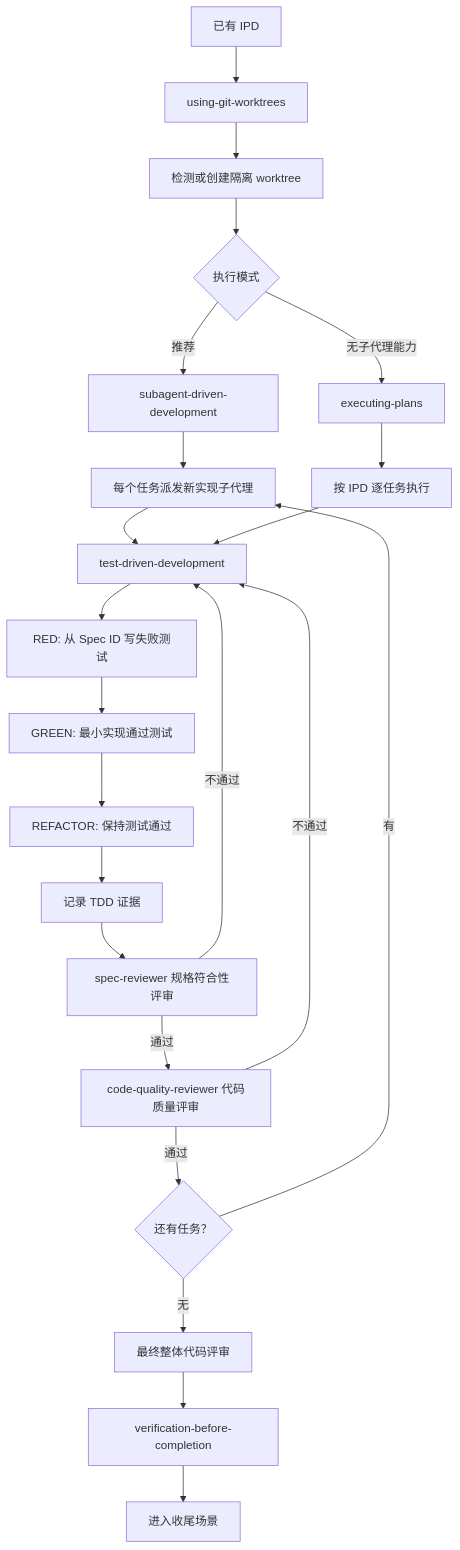
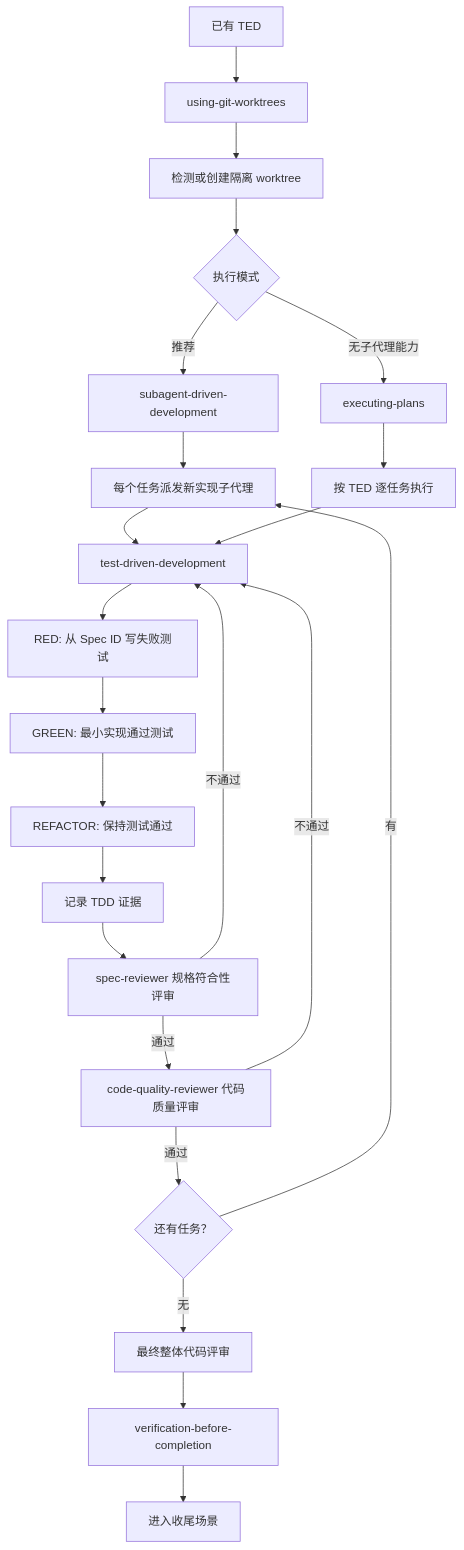
The fifth of 12 diagrams in docs/workflow-chain.md (Vincen-dev/coding-plugins), drawn with Mermaid before and after one commit. The commit also changed other lines of this file and 35 other files, not shown here.

````diff
--- a/docs/workflow-chain.md
+++ b/docs/workflow-chain.md
@@ -236,25 +236,25 @@
 ```mermaid
 flowchart TD
-  A["已有 IPD"] --> B["using-git-worktrees"]
+  A["已有 TED"] --> B["using-git-worktrees"]
   B --> C["检测或创建隔离 worktree"]
   C --> D{"执行模式"}
   D -->|推荐| E["subagent-driven-development"]
   D -->|无子代理能力| F["executing-plans"]
   E --> G["每个任务派发新实现子代理"]
-  F --> H["按 IPD 逐任务执行"]
+  F --> H["按 TED 逐任务执行"]
   G --> I["test-driven-development"]
   H --> I
   I --> J["RED: 从 Spec ID 写失败测试"]
   J --> K["GREEN: 最小实现通过测试"]
   K --> L["REFACTOR: 保持测试通过"]
   L --> EVIDENCE["记录 TDD 证据"]
   EVIDENCE --> M["spec-reviewer 规格符合性评审"]
   M -->|不通过| I
   M -->|通过| N["code-quality-reviewer 代码质量评审"]
   N -->|不通过| I
   N -->|通过| O{"还有任务？"}
   O -->|有| G
   O -->|无| P["最终整体代码评审"]
   P --> Q["verification-before-completion"]
   Q --> R["进入收尾场景"]
 ```
````
